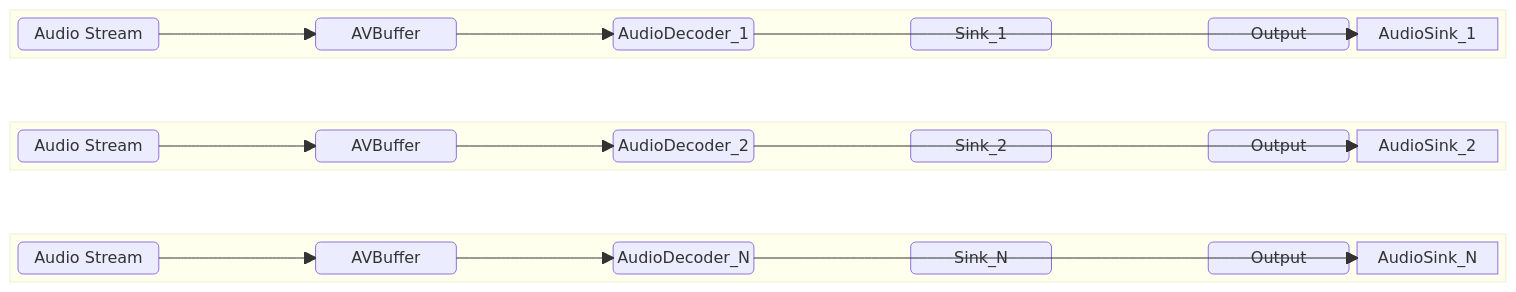
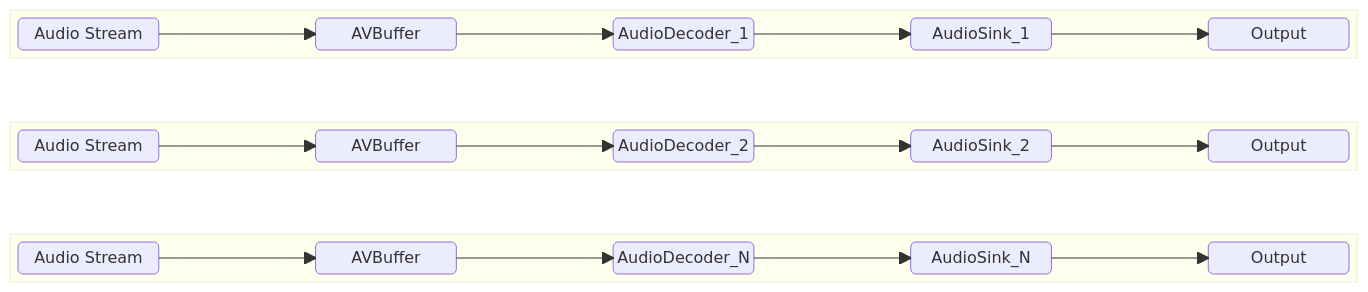
Before and after one commit to davidkoo-brcm/rdk-halif-aidl-test-audiosink: the second of 2 diagrams in docs/pages/audioSink_High-Level_TestSpecification.md, drawn with Mermaid. The commit also changed other lines of this file, not shown here.

Commit message:
gh #22 HLD update.

````diff
--- a/docs/pages/audioSink_High-Level_TestSpecification.md
+++ b/docs/pages/audioSink_High-Level_TestSpecification.md
@@ -101,27 +101,27 @@
 ```mermaid
 block-beta
 columns 1
     block:1
-        AudioStream_1("Audio Stream") space AVBuffer_1("AVBuffer") space AudioDecoder_1("AudioDecoder_1") space Sink_1("Sink_1") space Output_1("Output")
+        AudioStream_1("Audio Stream") space AVBuffer_1("AVBuffer") space AudioDecoder_1("AudioDecoder_1") space AudioSink_1("AudioSink_1") space Output_1("Output")
         AudioStream_1 --> AVBuffer_1
         AVBuffer_1 --> AudioDecoder_1
         AudioDecoder_1-->AudioSink_1
         AudioSink_1 --> Output_1
     end
     space
     block:2
-        AudioStream_2("Audio Stream") space AVBuffer_2("AVBuffer") space AudioDecoder_2("AudioDecoder_2") space Sink_2("Sink_2") space Output_2("Output")
+        AudioStream_2("Audio Stream") space AVBuffer_2("AVBuffer") space AudioDecoder_2("AudioDecoder_2") space AudioSink_2("AudioSink_2") space Output_2("Output")
         AudioStream_2 --> AVBuffer_2
         AVBuffer_2 --> AudioDecoder_2
         AudioDecoder_2-->AudioSink_2
         AudioSink_2 --> Output_2
     end
     space
     block:N
-        AudioStream_N("Audio Stream") space AVBuffer_N("AVBuffer") space AudioDecoder_N("AudioDecoder_N") space Sink_N("Sink_N") space Output_N("Output")
+        AudioStream_N("Audio Stream") space AVBuffer_N("AVBuffer") space AudioDecoder_N("AudioDecoder_N") space AudioSink_N("AudioSink_N") space Output_N("Output")
         AudioStream_N --> AVBuffer_N
         AVBuffer_N --> AudioDecoder_N
         AudioDecoder_N-->AudioSink_N
         AudioSink_N --> Output_N
     end
 ```
````
